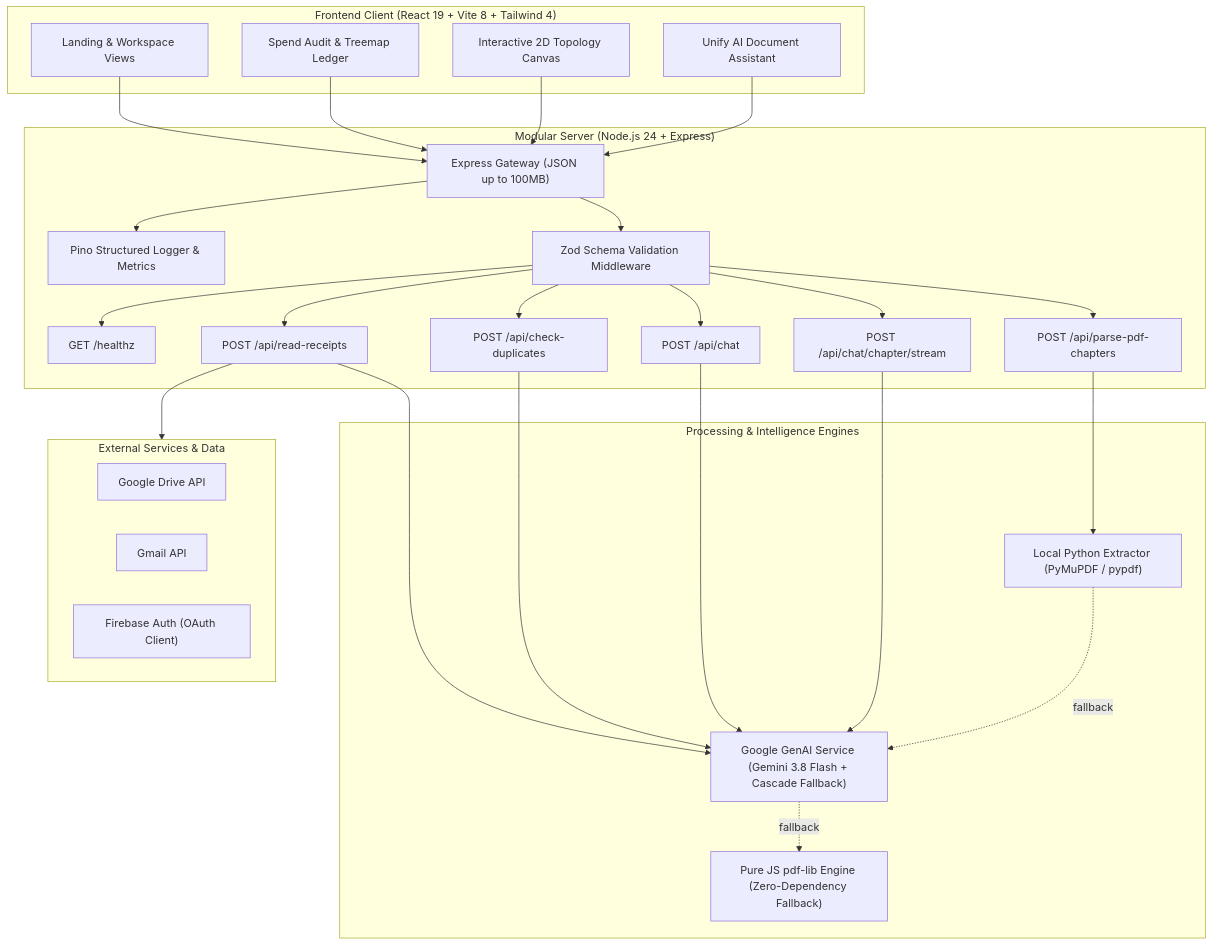
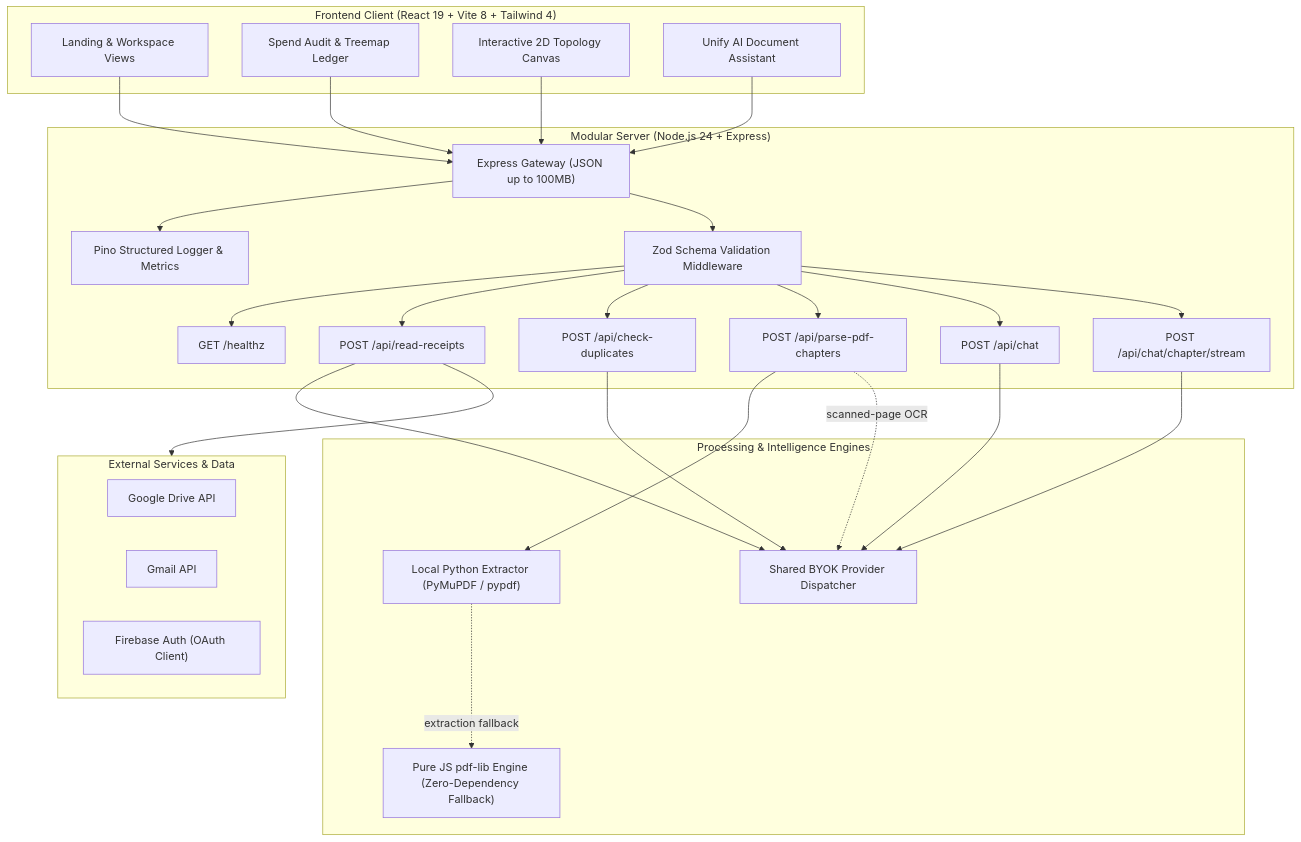
One commit to Lokeshgandreddy81/OpenedUP changed the diagram in README.md. Above: the diagram before and after it, drawn with Mermaid. The commit also changed other lines of this file and 144 other files, not shown here.

````diff
--- a/README.md
+++ b/README.md
@@ -17,58 +19,58 @@
 ```mermaid
 graph TD
     subgraph Client ["Frontend Client (React 19 + Vite 8 + Tailwind 4)"]
         UI["Landing & Workspace Views"]
         AuditView["Spend Audit & Treemap Ledger"]
         RoadmapCanvas["Interactive 2D Topology Canvas"]
         ChatInterface["Unify AI Document Assistant"]
     end
 
     subgraph API ["Modular Server (Node.js 24 + Express)"]
         Router["Express Gateway (JSON up to 100MB)"]
         Logger["Pino Structured Logger & Metrics"]
         Validator["Zod Schema Validation Middleware"]
         HealthRoute["GET /healthz"]
         ReceiptRoute["POST /api/read-receipts"]
         DuplicateRoute["POST /api/check-duplicates"]
         PdfRoute["POST /api/parse-pdf-chapters"]
         ChatRoute["POST /api/chat"]
         ChapterChatRoute["POST /api/chat/chapter/stream"]
     end
 
     subgraph Engines ["Processing & Intelligence Engines"]
-        GeminiService["Google GenAI Service (Gemini 3.8 Flash + Cascade Fallback)"]
         PythonExtractor["Local Python Extractor (PyMuPDF / pypdf)"]
         PdfLibService["Pure JS pdf-lib Engine (Zero-Dependency Fallback)"]
+        ProviderDispatcher["Shared BYOK Provider Dispatcher"]
     end
 
     subgraph Integrations ["External Services & Data"]
         GoogleDrive["Google Drive API"]
         Gmail["Gmail API"]
         FirebaseAuth["Firebase Auth (OAuth Client)"]
     end
 
     UI --> Router
     AuditView --> Router
     RoadmapCanvas --> Router
     ChatInterface --> Router
 
     Router --> Logger
     Router --> Validator
     Validator --> HealthRoute
     Validator --> ReceiptRoute
     Validator --> DuplicateRoute
     Validator --> PdfRoute
     Validator --> ChatRoute
     Validator --> ChapterChatRoute
 
-    ReceiptRoute --> GeminiService
-    DuplicateRoute --> GeminiService
-    ChatRoute --> GeminiService
-    ChapterChatRoute --> GeminiService
+    ReceiptRoute --> ProviderDispatcher
+    DuplicateRoute --> ProviderDispatcher
+    ChatRoute --> ProviderDispatcher
+    ChapterChatRoute --> ProviderDispatcher
 
     PdfRoute --> PythonExtractor
-    PythonExtractor -. fallback .-> GeminiService
-    GeminiService -. fallback .-> PdfLibService
+    PdfRoute -. scanned-page OCR .-> ProviderDispatcher
+    PythonExtractor -. extraction fallback .-> PdfLibService
 
     ReceiptRoute --> Integrations
 ```
````
